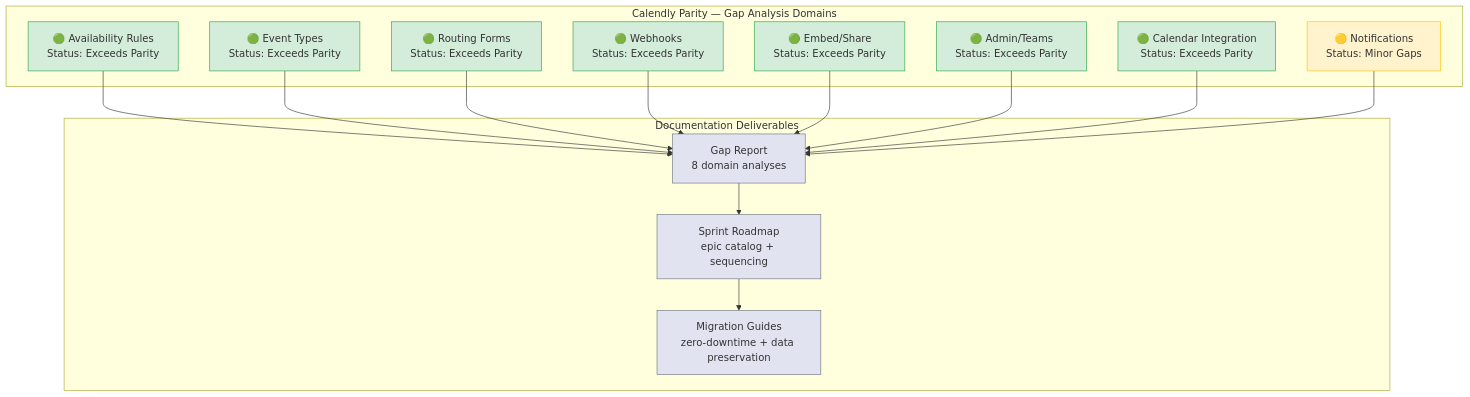
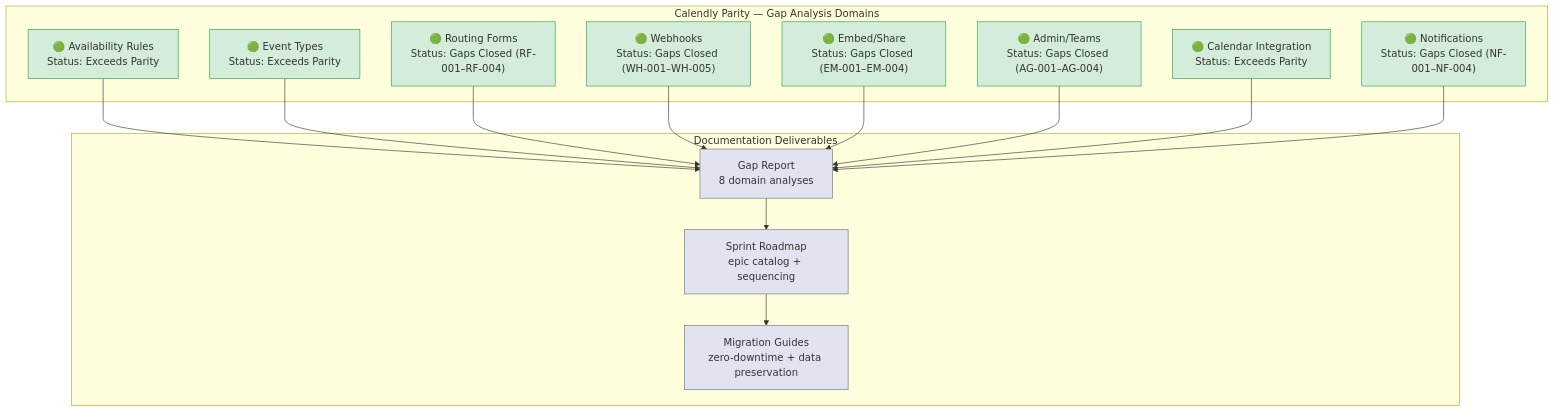
Before and after one commit to Blitzy-Sandbox/blitzy-cal: the diagram in docs/gap-report/overview.mdx, drawn with Mermaid. The commit also changed other lines of this file, not shown here.

````diff
--- a/docs/gap-report/overview.mdx
+++ b/docs/gap-report/overview.mdx
@@ -58,42 +60,42 @@
 ```mermaid
 flowchart TD
     subgraph GapDomains["Calendly Parity — Gap Analysis Domains"]
         AV["🟢 Availability Rules\nStatus: Exceeds Parity"]
         ET["🟢 Event Types\nStatus: Exceeds Parity"]
-        RF["🟢 Routing Forms\nStatus: Exceeds Parity"]
-        WH["🟢 Webhooks\nStatus: Exceeds Parity"]
-        EM["🟢 Embed/Share\nStatus: Exceeds Parity"]
-        AG["🟢 Admin/Teams\nStatus: Exceeds Parity"]
+        RF["🟢 Routing Forms\nStatus: Gaps Closed (RF-001–RF-004)"]
+        WH["🟢 Webhooks\nStatus: Gaps Closed (WH-001–WH-005)"]
+        EM["🟢 Embed/Share\nStatus: Gaps Closed (EM-001–EM-004)"]
+        AG["🟢 Admin/Teams\nStatus: Gaps Closed (AG-001–AG-004)"]
         CI["🟢 Calendar Integration\nStatus: Exceeds Parity"]
-        NF["🟡 Notifications\nStatus: Minor Gaps"]
+        NF["🟢 Notifications\nStatus: Gaps Closed (NF-001–NF-004)"]
     end
 
     subgraph DocOutputs["Documentation Deliverables"]
         GR["Gap Report\n8 domain analyses"]
         SR["Sprint Roadmap\nepic catalog + sequencing"]
         MG["Migration Guides\nzero-downtime + data preservation"]
     end
 
     AV --> GR
     ET --> GR
     RF --> GR
     WH --> GR
     EM --> GR
     AG --> GR
     CI --> GR
     NF --> GR
     GR --> SR
     SR --> MG
 
     style AV fill:#d4edda,stroke:#28a745
     style ET fill:#d4edda,stroke:#28a745
     style RF fill:#d4edda,stroke:#28a745
     style WH fill:#d4edda,stroke:#28a745
     style EM fill:#d4edda,stroke:#28a745
     style AG fill:#d4edda,stroke:#28a745
     style CI fill:#d4edda,stroke:#28a745
-    style NF fill:#fff3cd,stroke:#ffc107
+    style NF fill:#d4edda,stroke:#28a745
     style GR fill:#e2e3f1,stroke:#6c757d
     style SR fill:#e2e3f1,stroke:#6c757d
     style MG fill:#e2e3f1,stroke:#6c757d
 ```
````
